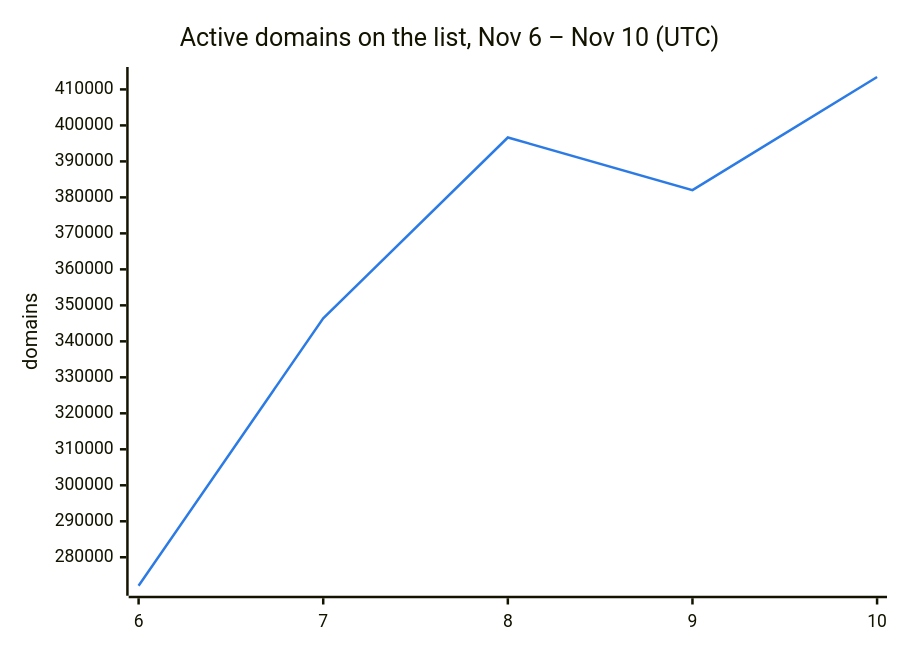
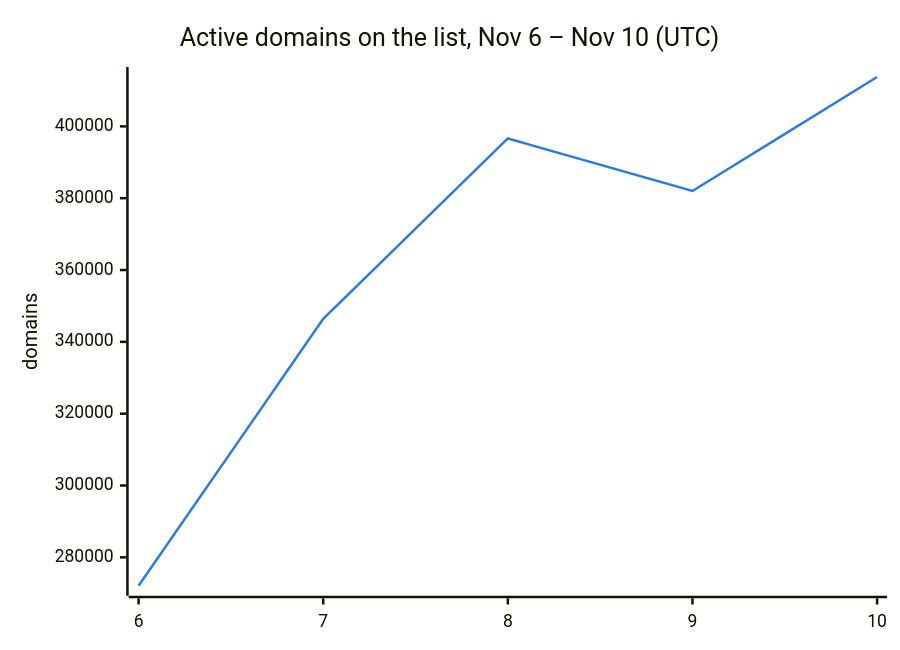
One commit to DNSBunker/CTI changed the second of 3 diagrams in README.md. Above: the diagram before and after it, drawn with Mermaid. The commit also changed other lines of this file and 3 other files, not shown here.

````diff
--- a/README.md
+++ b/README.md
@@ -38,8 +38,8 @@
 ```mermaid
 %%{init: {"themeVariables": {"xyChart": {"plotColorPalette": "#2c7be5"}}}}%%
 xychart-beta
     title "Active domains on the list, Nov 6 – Nov 10 (UTC)"
     x-axis ["6", "7", "8", "9", "10"]
     y-axis "domains"
-    line [272088, 346388, 396638, 382009, 413450]
+    line [272088, 346388, 396638, 382009, 413745]
 ```
````
